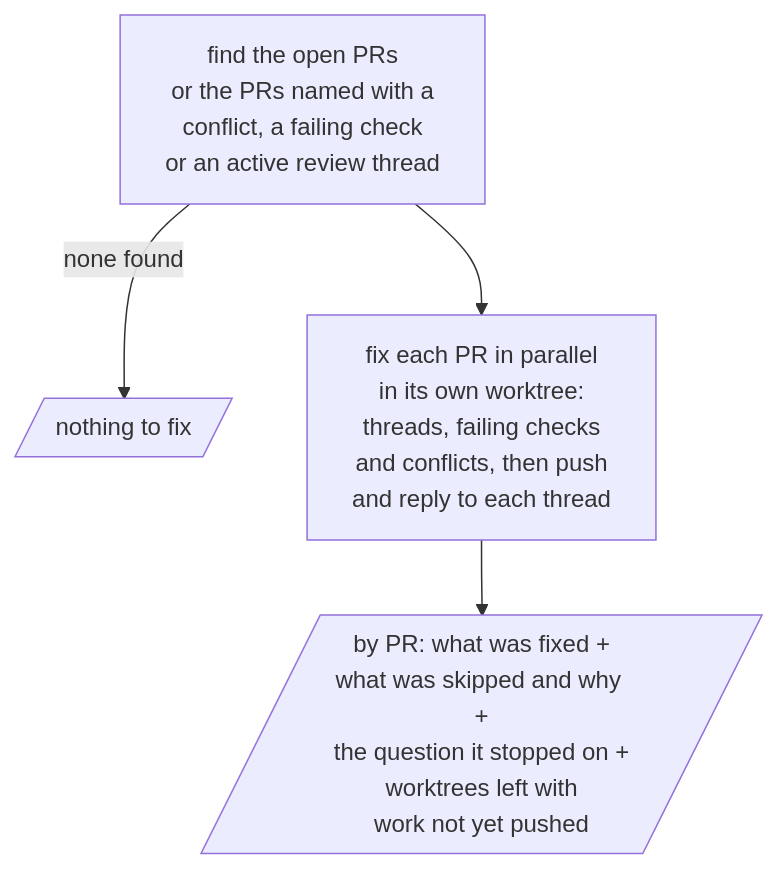
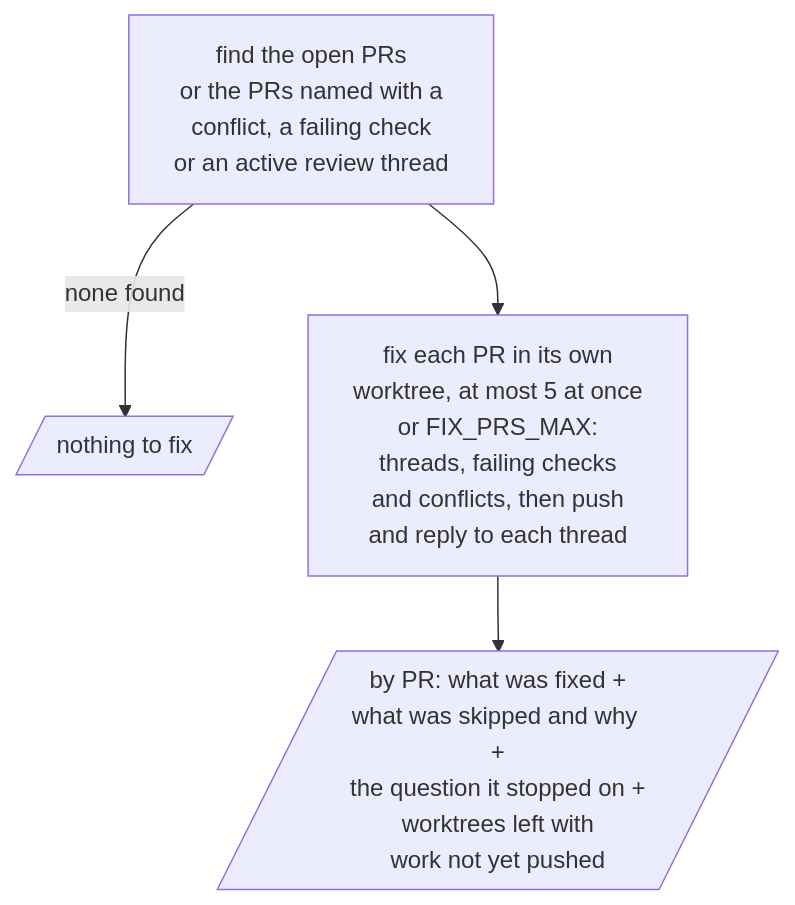
The diagram in shared/skills/fix-prs/README.md (omni-stove/skill-kit), drawn with Mermaid before and after one commit. The commit also changed 66 other files, not shown here.

````diff
--- a/shared/skills/fix-prs/README.md
+++ b/shared/skills/fix-prs/README.md
@@ -3,7 +3,7 @@
 ```mermaid
 flowchart TD
   scan[find the open PRs<br/>or the PRs named with a<br/>conflict, a failing check<br/>or an active review thread]
   scan -- "none found" --> none[/nothing to fix/]
-  scan --> fix[fix each PR in parallel<br/>in its own worktree:<br/>threads, failing checks<br/>and conflicts, then push<br/>and reply to each thread]
+  scan --> fix[fix each PR in its own<br/>worktree, at most 5 at once<br/>or FIX_PRS_MAX:<br/>threads, failing checks<br/>and conflicts, then push<br/>and reply to each thread]
   fix --> report[/"by PR: what was fixed +<br/>what was skipped and why +<br/>the question it stopped on +<br/>worktrees left with<br/>work not yet pushed"/]
 ```
````
